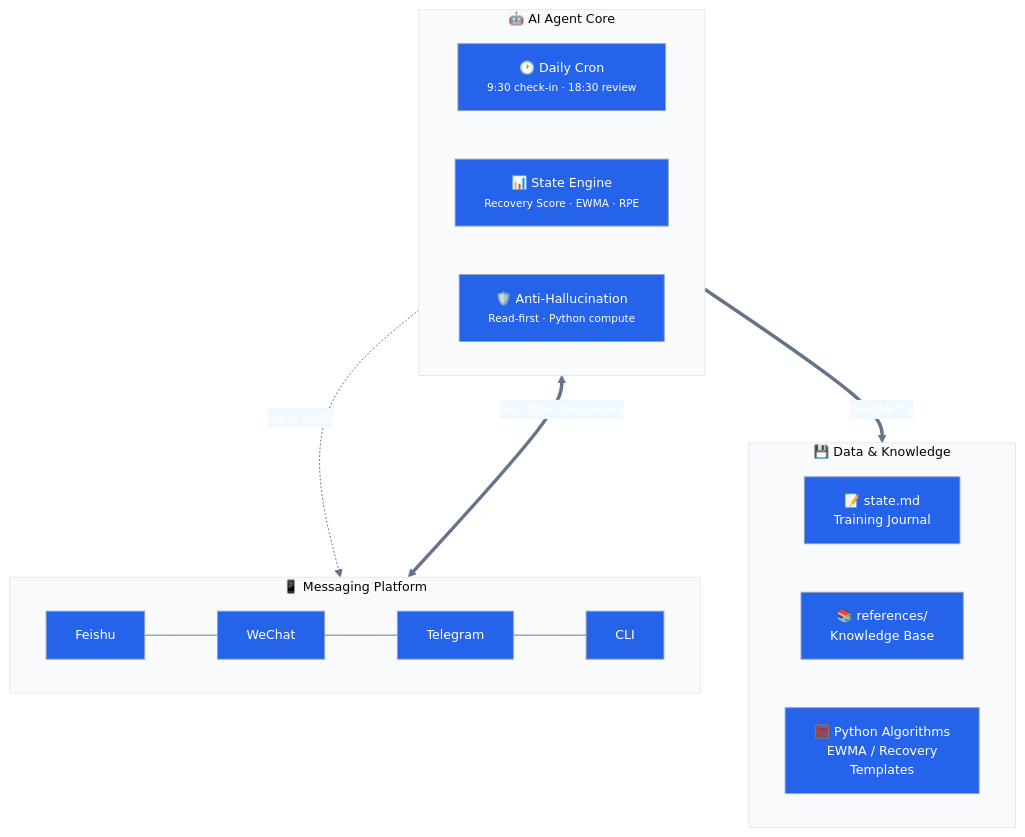
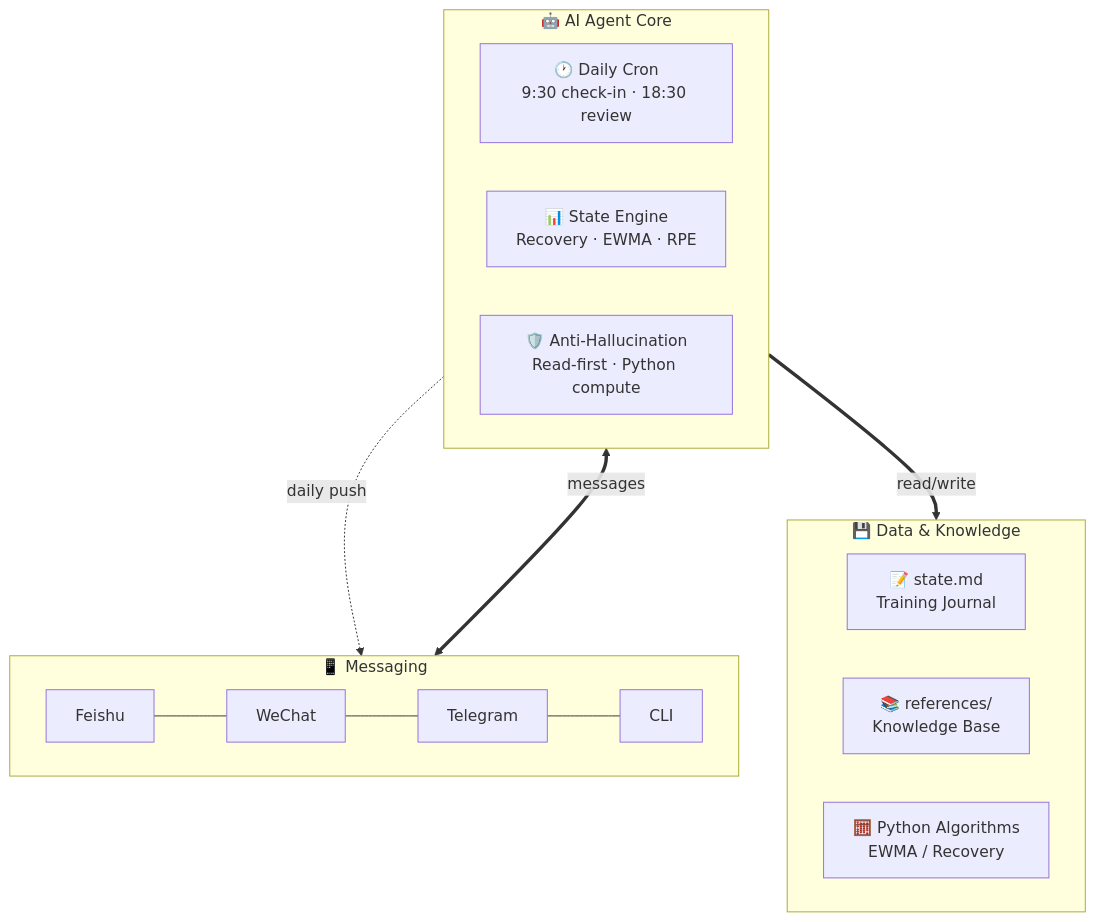
One commit to chouxiangdick/TiSu changed the diagram in README_EN.md. Above: the diagram before and after it, drawn with Mermaid. The commit also changed 1 other file, not shown here.

Commit message:
style: Claude-inspired warm palette for Mermaid arch diagram
- Base: warm cream #fcf9f7
- Primary: Claude purple #6B4FBB
- Lines/arrows: warm amber #D4A574
- Clusters: warm off-white with soft beige borders
- Subtitles in muted gray #666
- System font stack

````diff
--- a/README_EN.md
+++ b/README_EN.md
@@ -58,40 +58,41 @@
 ```mermaid
 %%{init: {'theme': 'base', 'themeVariables': {
-  'background': '#ffffff',
-  'primaryColor': '#2563eb',
+  'background': '#fcf9f7',
+  'primaryColor': '#6B4FBB',
   'primaryTextColor': '#fff',
-  'primaryBorderColor': '#1d4ed8',
-  'lineColor': '#64748b',
-  'secondaryColor': '#f0f9ff',
-  'tertiaryColor': '#f8fafc',
-  'clusterBkg': '#f8fafc',
-  'clusterBorder': '#e2e8f0',
-  'nodeBorder': '#94a3b8',
-  'fontSize': '13px'
+  'primaryBorderColor': '#5a3fa8',
+  'lineColor': '#D4A574',
+  'secondaryColor': '#f5f0eb',
+  'tertiaryColor': '#fffcf9',
+  'clusterBkg': '#fffcf9',
+  'clusterBorder': '#e8ddd0',
+  'nodeBorder': '#d4c5b8',
+  'fontSize': '13px',
+  'fontFamily': '-apple-system, BlinkMacSystemFont, "Segoe UI", Roboto, sans-serif'
 }}}%%
 graph TB
-    subgraph PLATFORM["📱 Messaging Platform"]
+    subgraph PLATFORM["📱 Messaging"]
         direction LR
         F1["Feishu"] --- F2["WeChat"]
         F2 --- F3["Telegram"]
         F3 --- F4["CLI"]
     end
 
     subgraph AGENT["🤖 AI Agent Core"]
         direction LR
-        A1["🕐 Daily Cron<br/><small>9:30 check-in · 18:30 review</small>"]
-        A2["📊 State Engine<br/><small>Recovery Score · EWMA · RPE</small>"]
-        A3["🛡️ Anti-Hallucination<br/><small>Read-first · Python compute</small>"]
+        A1["🕐 Daily Cron<br/><span style='color:#666;font-size:11px'>9:30 check-in · 18:30 review</span>"]
+        A2["📊 State Engine<br/><span style='color:#666;font-size:11px'>Recovery · EWMA · RPE</span>"]
+        A3["🛡️ Anti-Hallucination<br/><span style='color:#666;font-size:11px'>Read-first · Python compute</span>"]
     end
 
     subgraph DATA["💾 Data & Knowledge"]
         direction LR
-        D1["📝 state.md<br/>Training Journal"]
-        D2["📚 references/<br/>Knowledge Base"]
-        D3["🧮 Python Algorithms<br/>EWMA / Recovery<br/>Templates"]
+        D1["📝 state.md<br/><span style='color:#666;font-size:11px'>Training Journal</span>"]
+        D2["📚 references/<br/><span style='color:#666;font-size:11px'>Knowledge Base</span>"]
+        D3["🧮 Python Algorithms<br/><span style='color:#666;font-size:11px'>EWMA / Recovery</span>"]
     end
 
-    PLATFORM <==>|"real-time messages"| AGENT
+    PLATFORM <==>|"messages"| AGENT
     AGENT -.->|"daily push"| PLATFORM
     AGENT ==>|"read/write"| DATA
 ```
````
